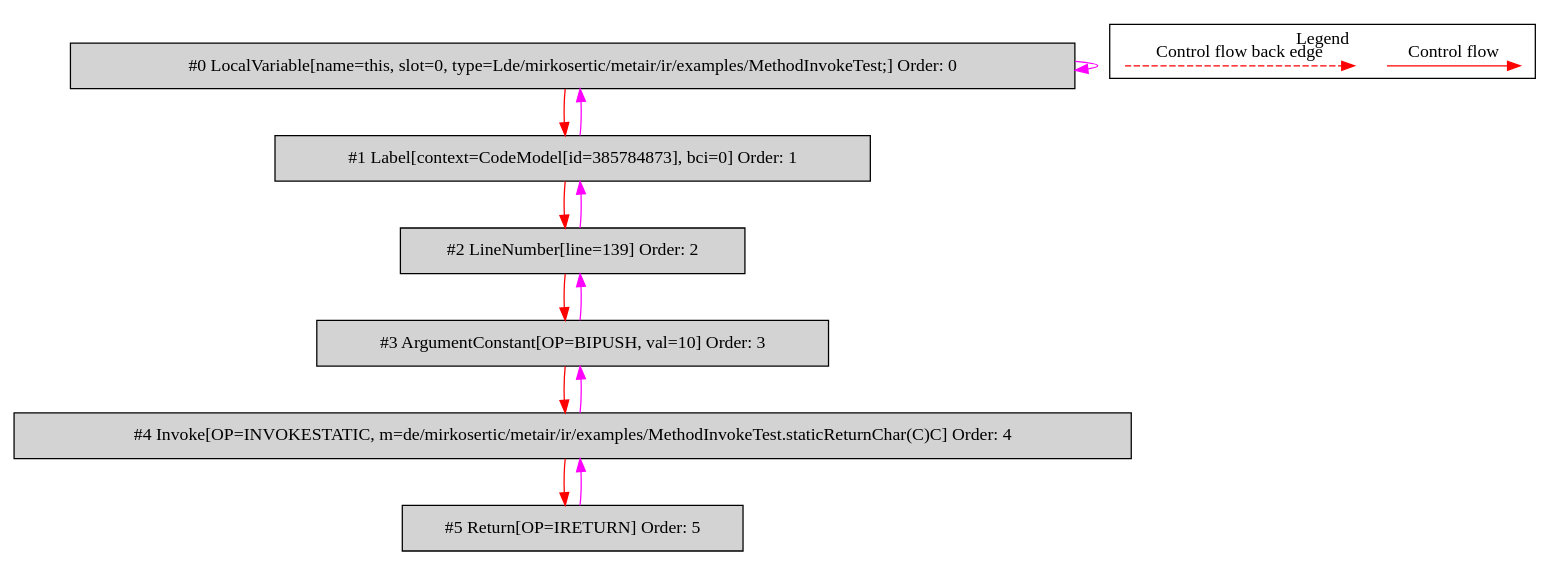
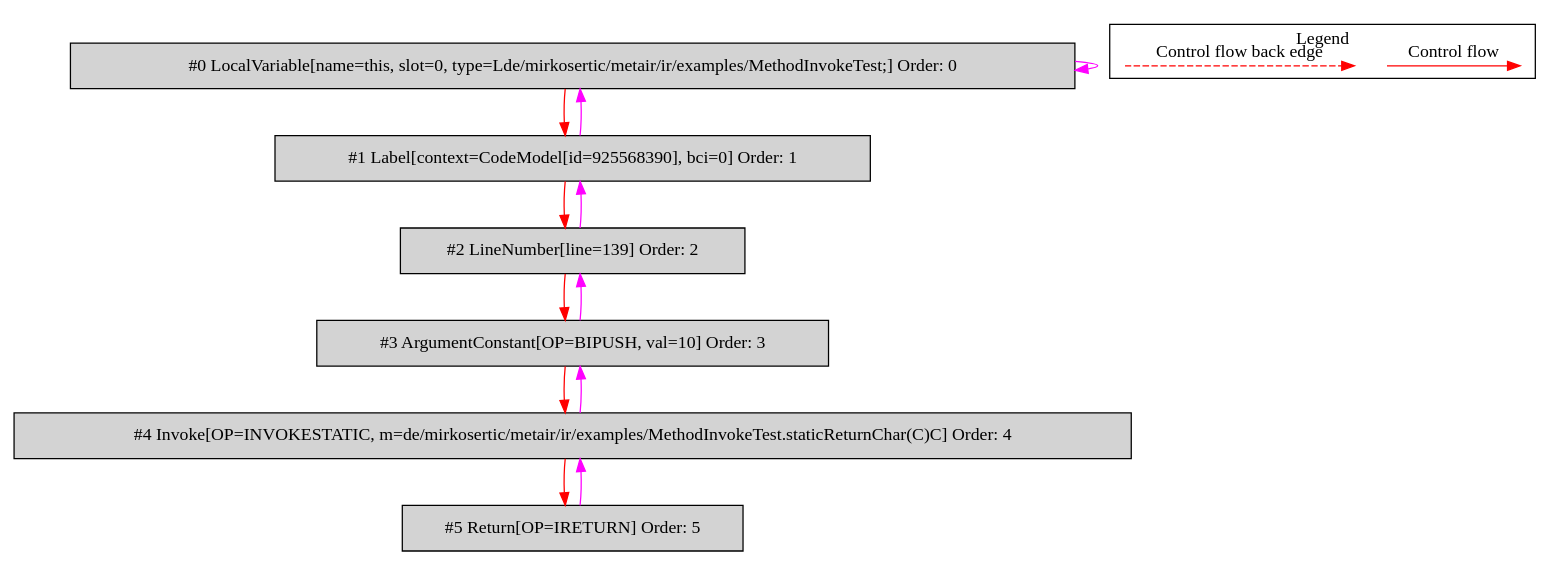
One commit to mirkosertic/MetaIR changed the diagram in de.mirkosertic.metair.ir.examples.MethodInvokeTest/returnChar/bytecodecfg.dot. Above: the diagram before and after it, drawn with Graphviz. The commit also changed 1499 other files, not shown here.

```diff
--- a/de.mirkosertic.metair.ir.examples.MethodInvokeTest/returnChar/bytecodecfg.dot
+++ b/de.mirkosertic.metair.ir.examples.MethodInvokeTest/returnChar/bytecodecfg.dot
@@ -1,34 +1,34 @@
 digraph {
  ordering="in";
  node0[label="#0 LocalVariable[name=this, slot=0, type=Lde/mirkosertic/metair/ir/examples/MethodInvokeTest;] Order: 0", shape=box, fillcolor=lightgrey, style=filled];
- node1[label="#1 Label[context=CodeModel[id=385784873], bci=0] Order: 1", shape=box, fillcolor=lightgrey, style=filled];
+ node1[label="#1 Label[context=CodeModel[id=925568390], bci=0] Order: 1", shape=box, fillcolor=lightgrey, style=filled];
  node2[label="#2 LineNumber[line=139] Order: 2", shape=box, fillcolor=lightgrey, style=filled];
  node3[label="#3 ArgumentConstant[OP=BIPUSH, val=10] Order: 3", shape=box, fillcolor=lightgrey, style=filled];
  node4[label="#4 Invoke[OP=INVOKESTATIC, m=de/mirkosertic/metair/ir/examples/MethodInvokeTest.staticReturnChar(C)C] Order: 4", shape=box, fillcolor=lightgrey, style=filled];
  node5[label="#5 Return[OP=IRETURN] Order: 5", shape=box, fillcolor=lightgrey, style=filled];
  node0 -> node0[color=fuchsia];
  node0 -> node1[color=red];
  node1 -> node0[color=fuchsia];
  node1 -> node2[color=red];
  node2 -> node1[color=fuchsia];
  node2 -> node3[color=red];
  node3 -> node2[color=fuchsia];
  node3 -> node4[color=red];
  node4 -> node3[color=fuchsia];
  node4 -> node5[color=red];
  node5 -> node4[color=fuchsia];
  subgraph cluster_000 {
   label = "Legend";
   node [shape=point]
   {
    rank=same;
    c0 [style = invis];
    c1 [style = invis];
    c2 [style = invis];
    c3 [style = invis];
   }
   c0 -> c1 [label="Control flow", style=solid, color=red]
   c2 -> c3 [label="Control flow back edge", style=dashed, color=red]
  }
 
 }
```
